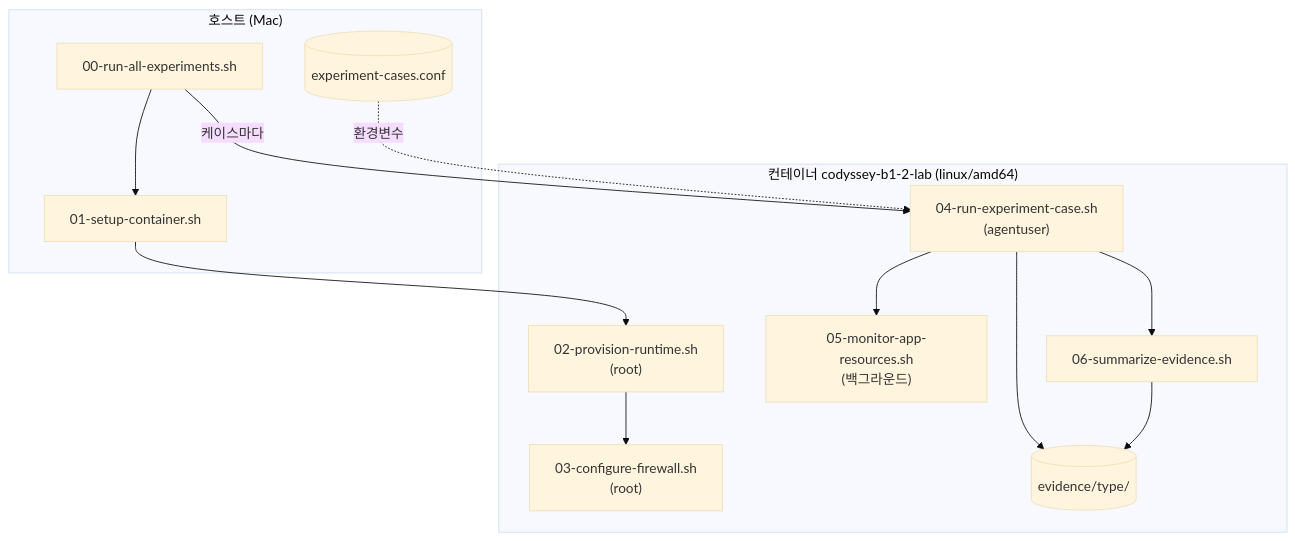
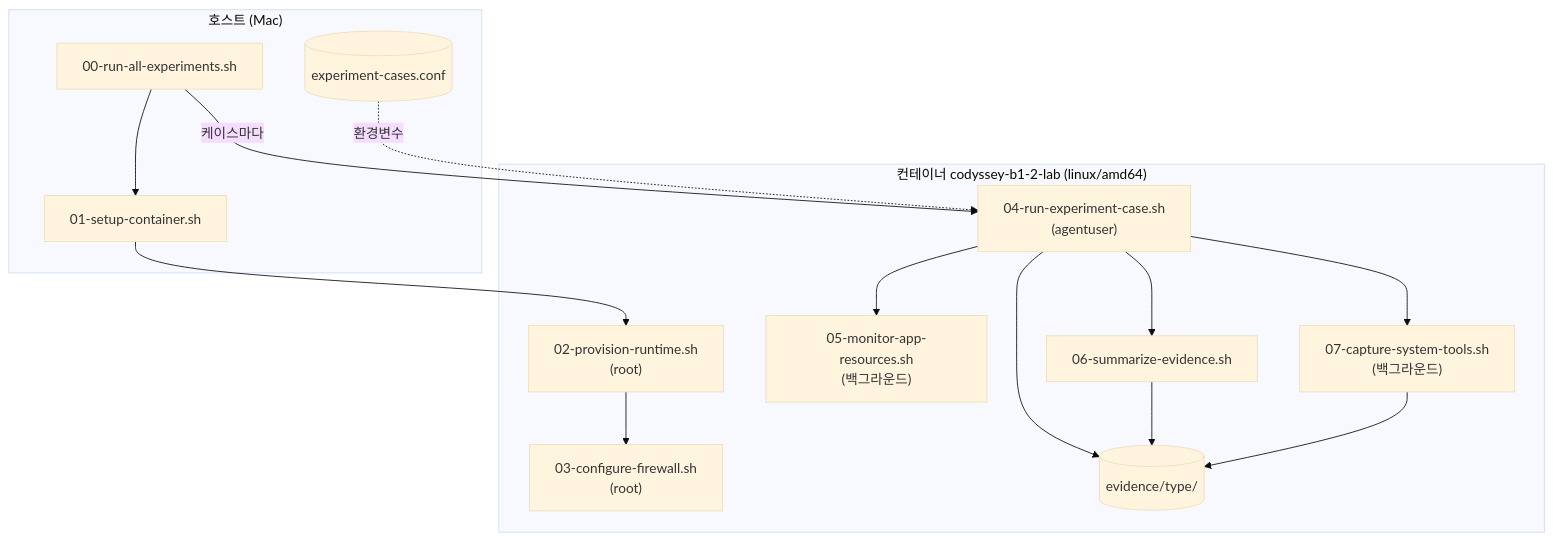
Before and after one commit to 0802222/Codyssey-B1-2: the first of 2 diagrams in docs/03-scripts.md, drawn with Mermaid (base theme). The commit also changed other lines of this file and 59 other files, not shown here.

````diff
--- a/docs/03-scripts.md
+++ b/docs/03-scripts.md
@@ -43,24 +44,27 @@
 ```mermaid
 flowchart TD
     subgraph HOST["호스트 (Mac)"]
         R00["00-run-all-experiments.sh"]
         R01["01-setup-container.sh"]
         CONF[("experiment-cases.conf")]
     end
     subgraph CT["컨테이너 codyssey-b1-2-lab (linux/amd64)"]
         R02["02-provision-runtime.sh<br/>(root)"]
         R03["03-configure-firewall.sh<br/>(root)"]
         R04["04-run-experiment-case.sh<br/>(agentuser)"]
         R05["05-monitor-app-resources.sh<br/>(백그라운드)"]
         R06["06-summarize-evidence.sh"]
+        R07["07-capture-system-tools.sh<br/>(백그라운드)"]
         EV[("evidence/type/")]
     end
     R00 --> R01
     R01 --> R02 --> R03
     R00 -- "케이스마다" --> R04
     CONF -. "환경변수" .-> R04
     R04 --> R05
+    R04 --> R07
     R04 --> R06
     R04 --> EV
     R06 --> EV
+    R07 --> EV
 ```
````
